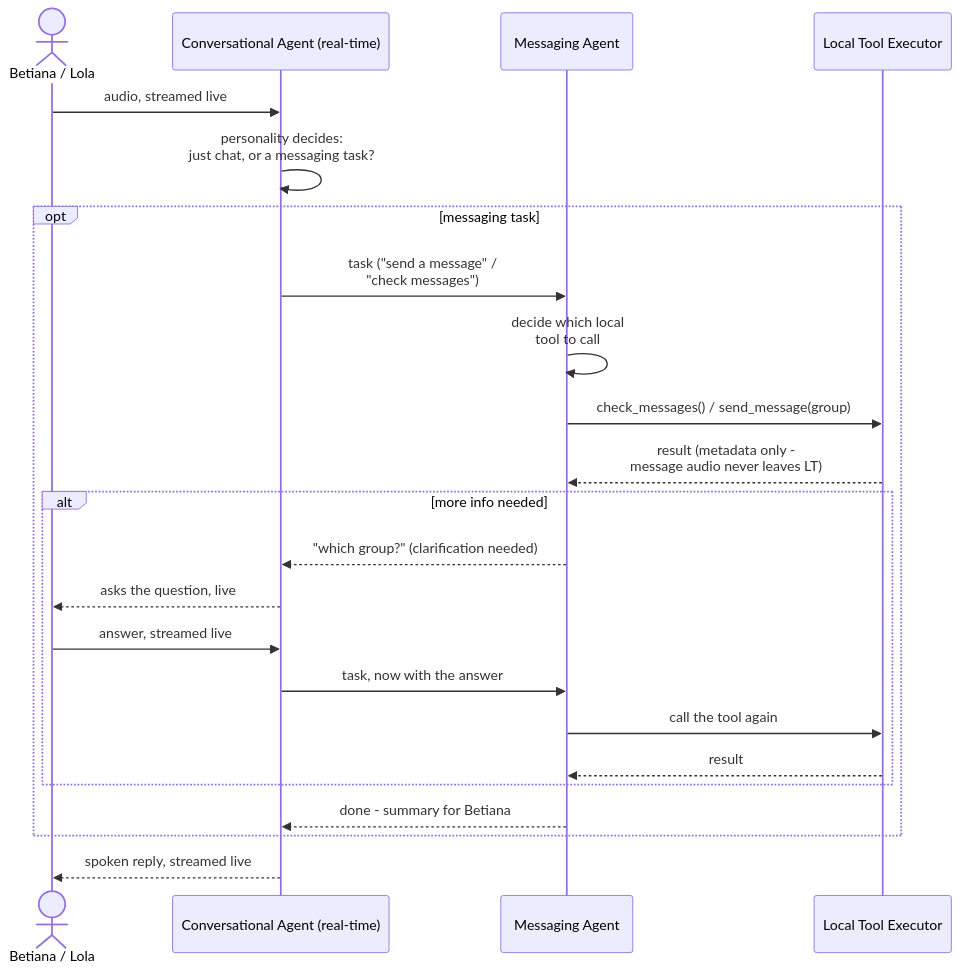
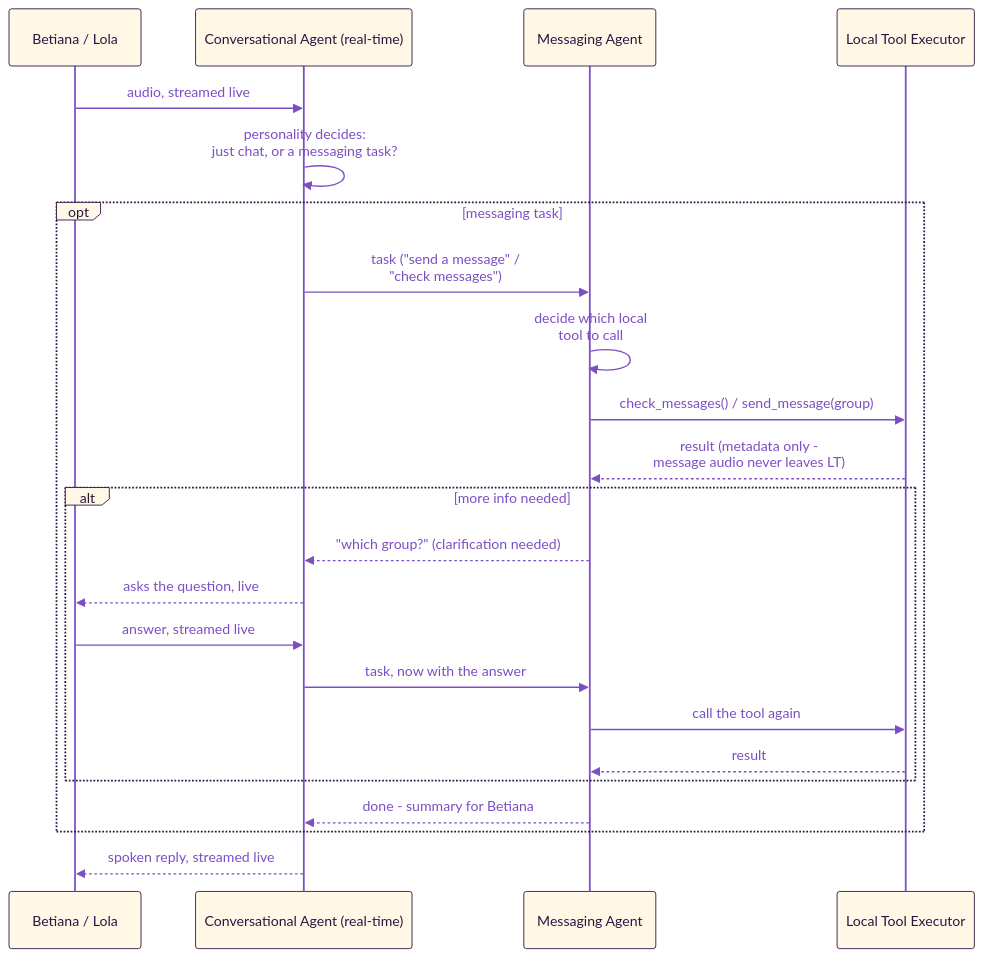
Before and after one commit to betiana688/lola-bla: the second of 4 diagrams in docs/architecture/overview.md, drawn with Mermaid. The commit also changed other lines of this file and 10 other files, not shown here.

Commit message:
docs round 1: brand colours on all 24 diagrams, docs home with two ways in, README status and limits brought up to date, console page table, backlog (guide for users, promo video)

````diff
--- a/docs/architecture/overview.md
+++ b/docs/architecture/overview.md
@@ -52,25 +53,26 @@
 ```mermaid
+%%{init: {"theme":"base","themeVariables":{"primaryColor":"#FFF8E7","primaryTextColor":"#2A1640","primaryBorderColor":"#2A1640","lineColor":"#7B4FC4","textColor":"#7B4FC4","secondaryColor":"#F7D33E","tertiaryColor":"#C9B3F2","noteBkgColor":"#F7D33E","noteTextColor":"#2A1640","noteBorderColor":"#2A1640","actorBkg":"#FFF8E7","actorBorder":"#2A1640","actorTextColor":"#2A1640","actorLineColor":"#7B4FC4","signalColor":"#7B4FC4","signalTextColor":"#7B4FC4","labelBoxBkgColor":"#FFF8E7","labelBoxBorderColor":"#2A1640","labelTextColor":"#2A1640","loopTextColor":"#7B4FC4","edgeLabelBackground":"#FFF8E7","clusterBkg":"#C9B3F2","clusterBorder":"#2A1640","titleColor":"#2A1640"}}}%%
 sequenceDiagram
-  actor B as Betiana / Lola
+  participant B as Betiana / Lola
   participant CA as Conversational Agent (real-time)
   participant MA as Messaging Agent
   participant LT as Local Tool Executor
   B->>CA: audio, streamed live
   CA->>CA: personality decides:<br/>just chat, or a messaging task?
   opt messaging task
     CA->>MA: task ("send a message" /<br/>"check messages")
     MA->>MA: decide which local<br/>tool to call
     MA->>LT: check_messages() / send_message(group)
     LT-->>MA: result (metadata only -<br/>message audio never leaves LT)
     alt more info needed
       MA-->>CA: "which group?" (clarification needed)
       CA-->>B: asks the question, live
       B->>CA: answer, streamed live
       CA->>MA: task, now with the answer
       MA->>LT: call the tool again
       LT-->>MA: result
     end
     MA-->>CA: done - summary for Betiana
   end
   CA-->>B: spoken reply, streamed live
 ```
````
